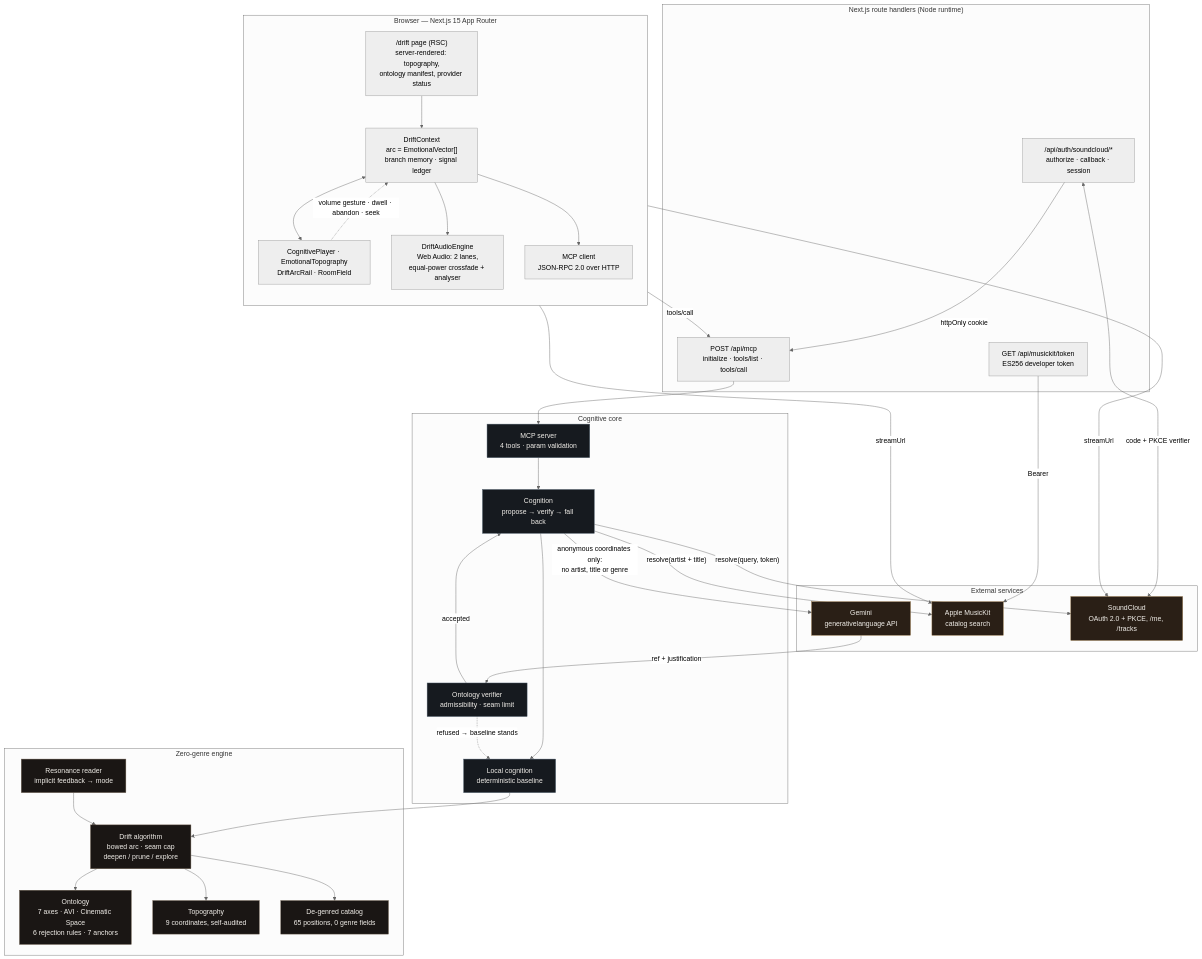
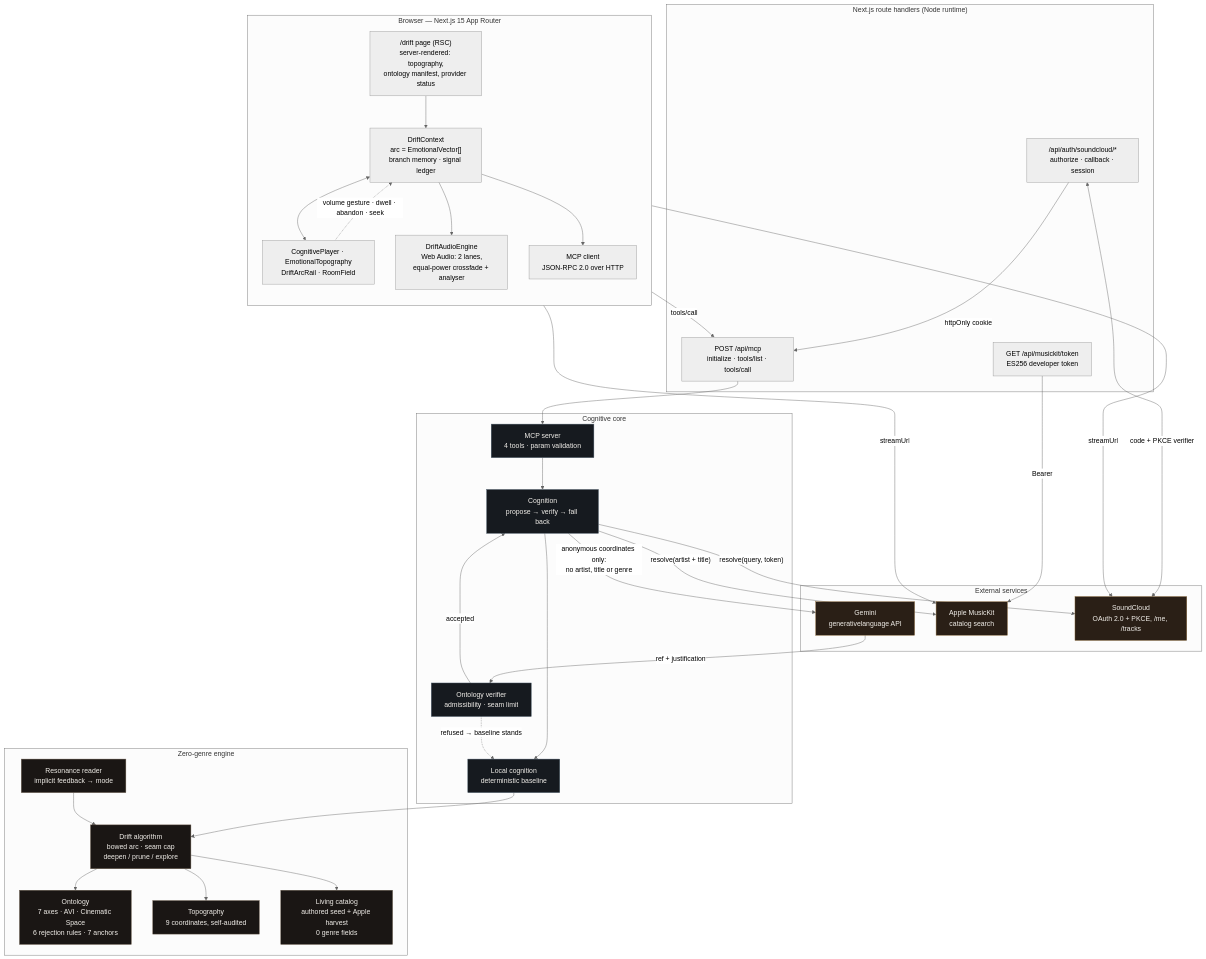
Before and after one commit to Mhraakk/Music: the first of 2 diagrams in docs/SONIC_DRIFT_ARCHITECTURE.md, drawn with Mermaid (neutral theme). The commit also changed other lines of this file and 27 other files, not shown here.

First line of the commit message:
feat(engine): living catalog and taste-aware Apple Music expansion

````diff
--- a/docs/SONIC_DRIFT_ARCHITECTURE.md
+++ b/docs/SONIC_DRIFT_ARCHITECTURE.md
@@ -24,72 +24,72 @@
 ```mermaid
 flowchart TB
     subgraph Browser["Browser — Next.js 15 App Router"]
         direction TB
         RSC["/drift page (RSC)<br/>server-rendered: topography,<br/>ontology manifest, provider status"]
         Ctx["DriftContext<br/>arc = EmotionalVector[]<br/>branch memory · signal ledger"]
         UI["CognitivePlayer · EmotionalTopography<br/>DriftArcRail · RoomField"]
         Audio["DriftAudioEngine<br/>Web Audio: 2 lanes,<br/>equal-power crossfade + analyser"]
         MCPC["MCP client<br/>JSON-RPC 2.0 over HTTP"]
 
         RSC --> Ctx
         Ctx <--> UI
         Ctx --> Audio
         Ctx --> MCPC
         UI -. "volume gesture · dwell · abandon · seek" .-> Ctx
     end
 
     subgraph Edge["Next.js route handlers (Node runtime)"]
         MCPR["POST /api/mcp<br/>initialize · tools/list · tools/call"]
         SCAuth["/api/auth/soundcloud/*<br/>authorize · callback · session"]
         AMToken["GET /api/musickit/token<br/>ES256 developer token"]
     end
 
     subgraph Core["Cognitive core"]
         Server["MCP server<br/>4 tools · param validation"]
         Cog["Cognition<br/>propose → verify → fall back"]
         Local["Local cognition<br/>deterministic baseline"]
         Verify["Ontology verifier<br/>admissibility · seam limit"]
     end
 
     subgraph Engine["Zero-genre engine"]
         Ont["Ontology<br/>7 axes · AVI · Cinematic Space<br/>6 rejection rules · 7 anchors"]
         Topo["Topography<br/>9 coordinates, self-audited"]
         Algo["Drift algorithm<br/>bowed arc · seam cap<br/>deepen / prune / explore"]
         Res["Resonance reader<br/>implicit feedback → mode"]
-        Cat["De-genred catalog<br/>65 positions, 0 genre fields"]
+        Cat["Living catalog<br/>authored seed + Apple harvest<br/>0 genre fields"]
     end
 
     subgraph External["External services"]
         Gem["Gemini<br/>generativelanguage API"]
         AM["Apple MusicKit<br/>catalog search"]
         SC["SoundCloud<br/>OAuth 2.0 + PKCE, /me, /tracks"]
     end
 
     MCPC -->|"tools/call"| MCPR
     MCPR --> Server
     Server --> Cog
     Cog --> Local
     Local --> Algo
     Algo --> Ont & Topo & Cat
     Res --> Algo
     Cog -->|"anonymous coordinates only:<br/>no artist, title or genre"| Gem
     Gem -->|"ref + justification"| Verify
     Verify -->|"accepted"| Cog
     Verify -.->|"refused → baseline stands"| Local
 
     Cog -->|"resolve(artist + title)"| AM
     Cog -->|"resolve(query, token)"| SC
     AMToken -->|"Bearer"| AM
     SCAuth <-->|"code + PKCE verifier"| SC
     SCAuth -->|"httpOnly cookie"| MCPR
 
     Audio -->|"streamUrl"| AM
     Audio -->|"streamUrl"| SC
 
     classDef ext fill:#2a1f16,stroke:#8b6a3a,color:#f2efea
     classDef core fill:#161a1f,stroke:#4a5a6a,color:#f2efea
     classDef eng fill:#1a1614,stroke:#6a5a4a,color:#f2efea
     class Gem,AM,SC ext
     class Server,Cog,Local,Verify core
     class Ont,Topo,Algo,Res,Cat eng
 ```
````
